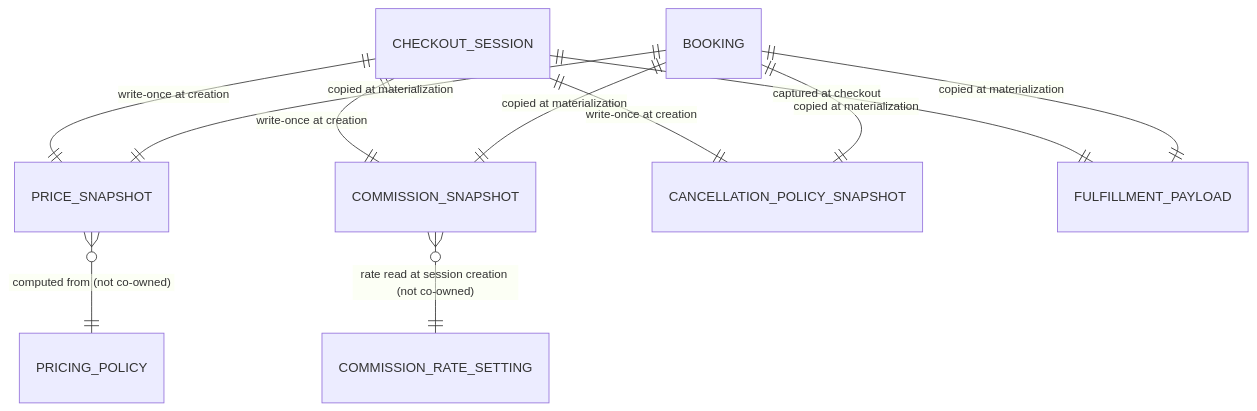
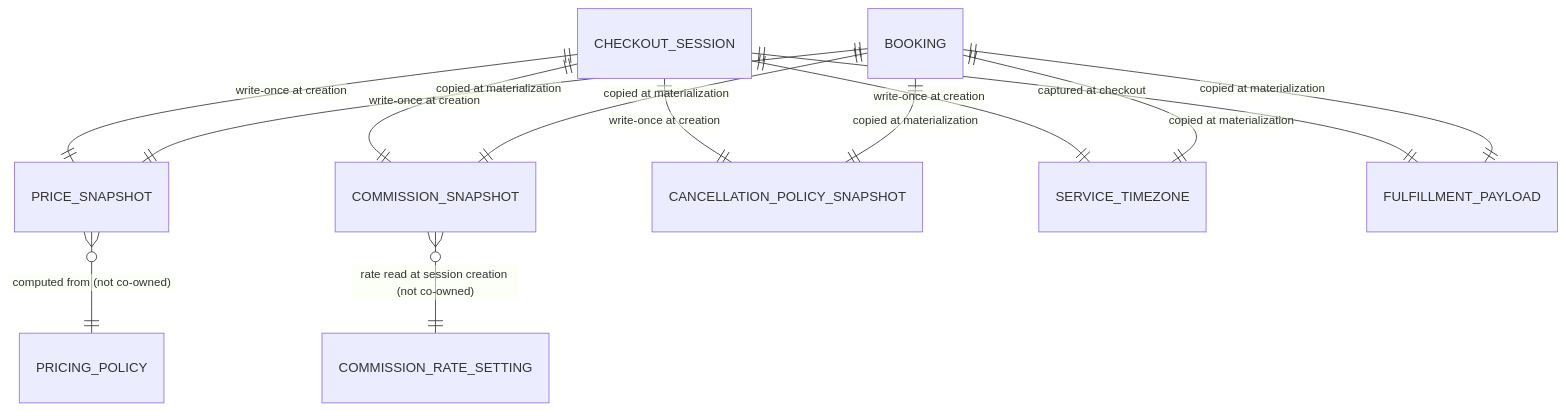
One commit to markmamba/redcab-docs changed the diagram in docs/architecture/data-model/snapshots.md. Above: the diagram before and after it, drawn with Mermaid. The commit also changed other lines of this file and 22 other files, not shown here.

````diff
--- a/docs/architecture/data-model/snapshots.md
+++ b/docs/architecture/data-model/snapshots.md
@@ -27,13 +28,15 @@
 ```mermaid
 erDiagram
   CHECKOUT_SESSION ||--|| PRICE_SNAPSHOT : "write-once at creation"
   CHECKOUT_SESSION ||--|| COMMISSION_SNAPSHOT : "write-once at creation"
   CHECKOUT_SESSION ||--|| CANCELLATION_POLICY_SNAPSHOT : "write-once at creation"
+  CHECKOUT_SESSION ||--|| SERVICE_TIMEZONE : "write-once at creation"
   CHECKOUT_SESSION ||--|| FULFILLMENT_PAYLOAD : "captured at checkout"
   BOOKING ||--|| PRICE_SNAPSHOT : "copied at materialization"
   BOOKING ||--|| COMMISSION_SNAPSHOT : "copied at materialization"
   BOOKING ||--|| CANCELLATION_POLICY_SNAPSHOT : "copied at materialization"
+  BOOKING ||--|| SERVICE_TIMEZONE : "copied at materialization"
   BOOKING ||--|| FULFILLMENT_PAYLOAD : "copied at materialization"
   COMMISSION_SNAPSHOT }o--|| COMMISSION_RATE_SETTING : "rate read at session creation (not co-owned)"
   PRICE_SNAPSHOT }o--|| PRICING_POLICY : "computed from (not co-owned)"
 ```
````
